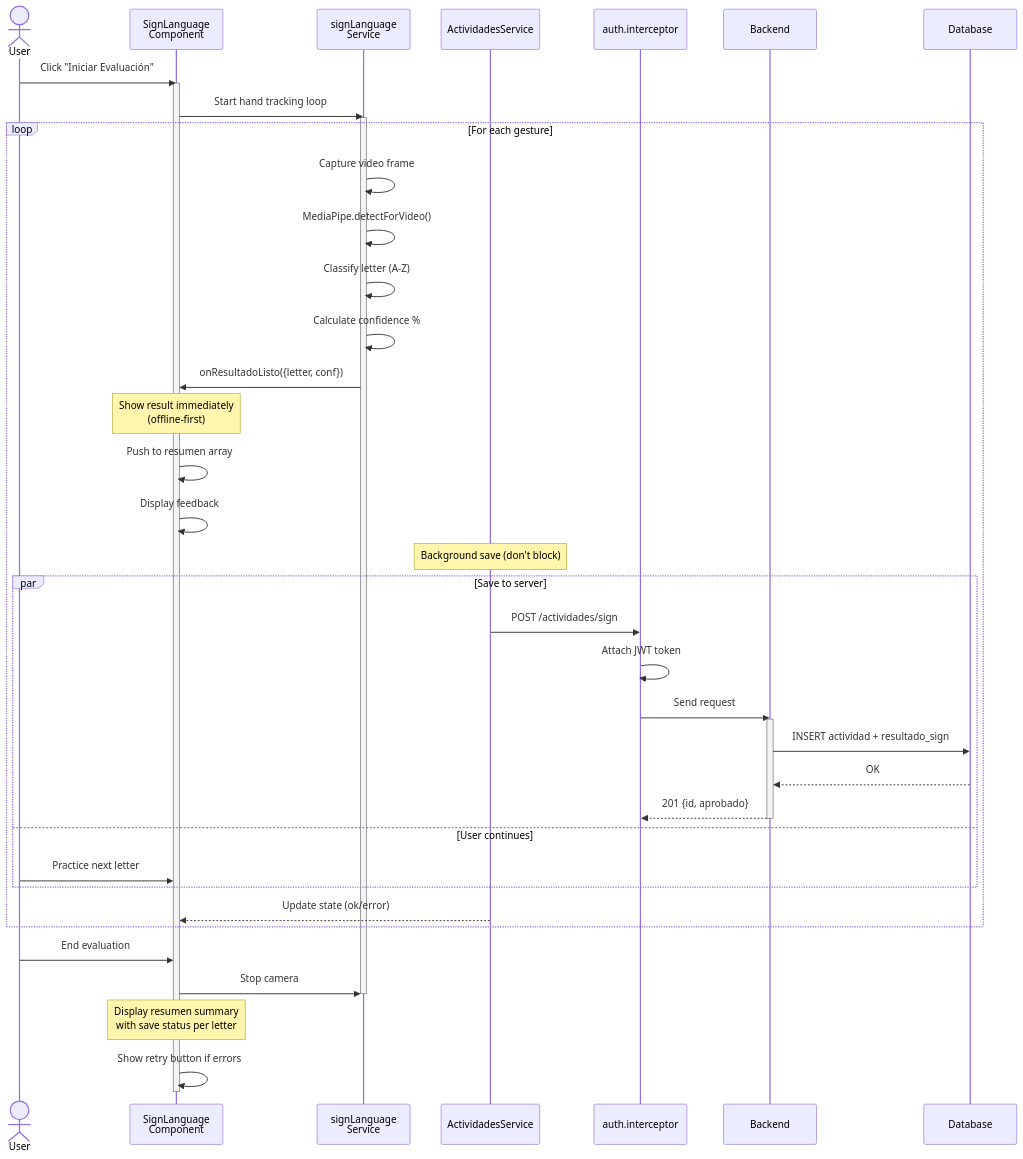
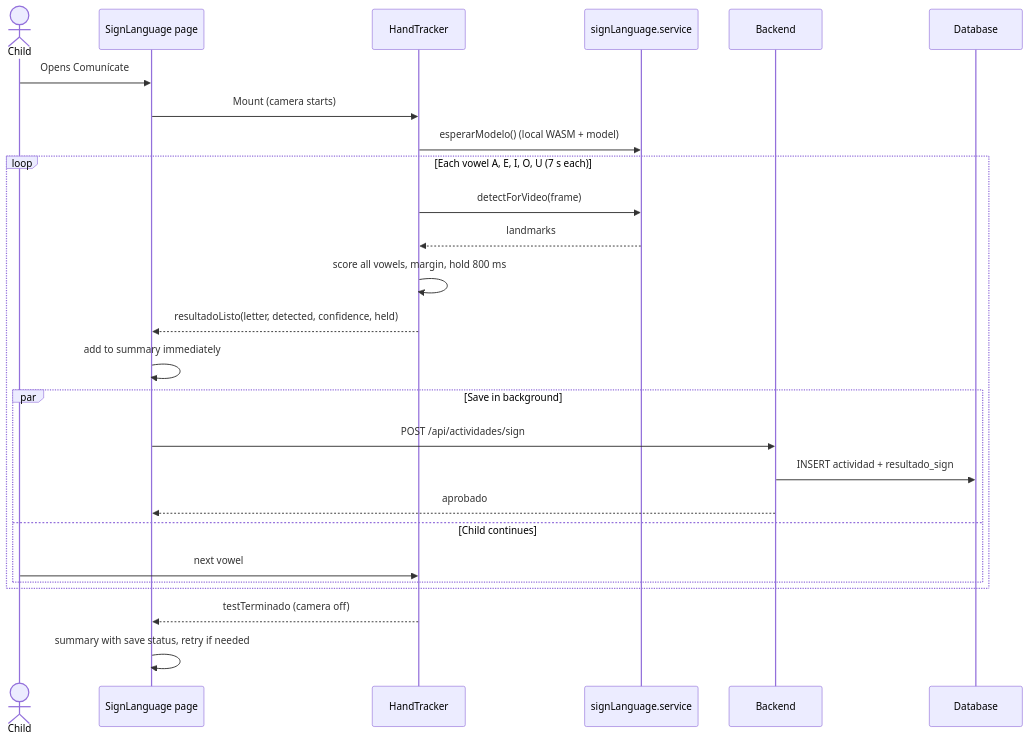
The second of 2 diagrams in ARCHITECTURE.md (JoseBustamanteM/contuvoz), drawn with Mermaid before and after one commit. The commit also changed other lines of this file, not shown here.

First line of the commit message:
ARCHITECTURE.md alineado con el proyecto actual

````diff
--- a/ARCHITECTURE.md
+++ b/ARCHITECTURE.md
@@ -551,51 +365,29 @@
 ```mermaid
 sequenceDiagram
-    actor User
-    participant UI as SignLanguage<br/>Component
-    participant ML as signLanguage<br/>Service
-    participant HTTP as ActividadesService
-    participant Auth as auth.interceptor
+    actor Child
+    participant UI as SignLanguage page
+    participant HT as HandTracker
+    participant ML as signLanguage.service
     participant API as Backend
     participant DB as Database
-    
-    User->>UI: Click "Iniciar Evaluación"
-    activate UI
-    UI->>ML: Start hand tracking loop
-    activate ML
-    
-    loop For each gesture
-        ML->>ML: Capture video frame
-        ML->>ML: MediaPipe.detectForVideo()
-        ML->>ML: Classify letter (A-Z)
-        ML->>ML: Calculate confidence %
-        ML->>UI: onResultadoListo({letter, conf})
-        
-        Note over UI: Show result immediately<br/>(offline-first)
-        UI->>UI: Push to resumen array
-        UI->>UI: Display feedback
-        
-        Note over HTTP: Background save (don't block)
-        par Save to server
-            HTTP->>Auth: POST /actividades/sign
-            Auth->>Auth: Attach JWT token
-            Auth->>API: Send request
-            activate API
+
+    Child->>UI: Opens Comunícate
+    UI->>HT: Mount (camera starts)
+    HT->>ML: esperarModelo() (local WASM + model)
+    loop Each vowel A, E, I, O, U (7 s each)
+        HT->>ML: detectForVideo(frame)
+        ML-->>HT: landmarks
+        HT->>HT: score all vowels, margin, hold 800 ms
+        HT-->>UI: resultadoListo(letter, detected, confidence, held)
+        UI->>UI: add to summary immediately
+        par Save in background
+            UI->>API: POST /api/actividades/sign
             API->>DB: INSERT actividad + resultado_sign
-            DB-->>API: OK
-            API-->>Auth: 201 {id, aprobado}
-            deactivate API
-        and User continues
-            User->>UI: Practice next letter
+            API-->>UI: aprobado
+        and Child continues
+            Child->>HT: next vowel
         end
-        
-        HTTP-->>UI: Update state (ok/error)
     end
-    
-    User->>UI: End evaluation
-    UI->>ML: Stop camera
-    deactivate ML
-    
-    Note over UI: Display resumen summary<br/>with save status per letter
-    UI->>UI: Show retry button if errors
-    deactivate UI
+    HT-->>UI: testTerminado (camera off)
+    UI->>UI: summary with save status, retry if needed
 ```
````
